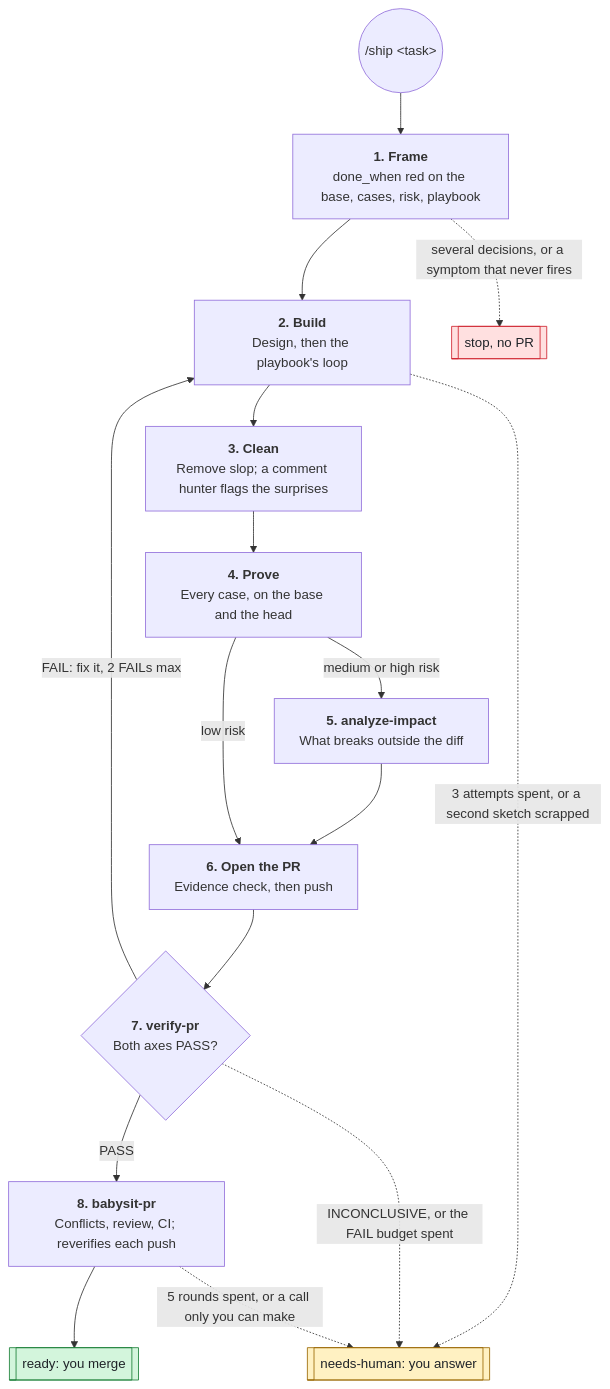
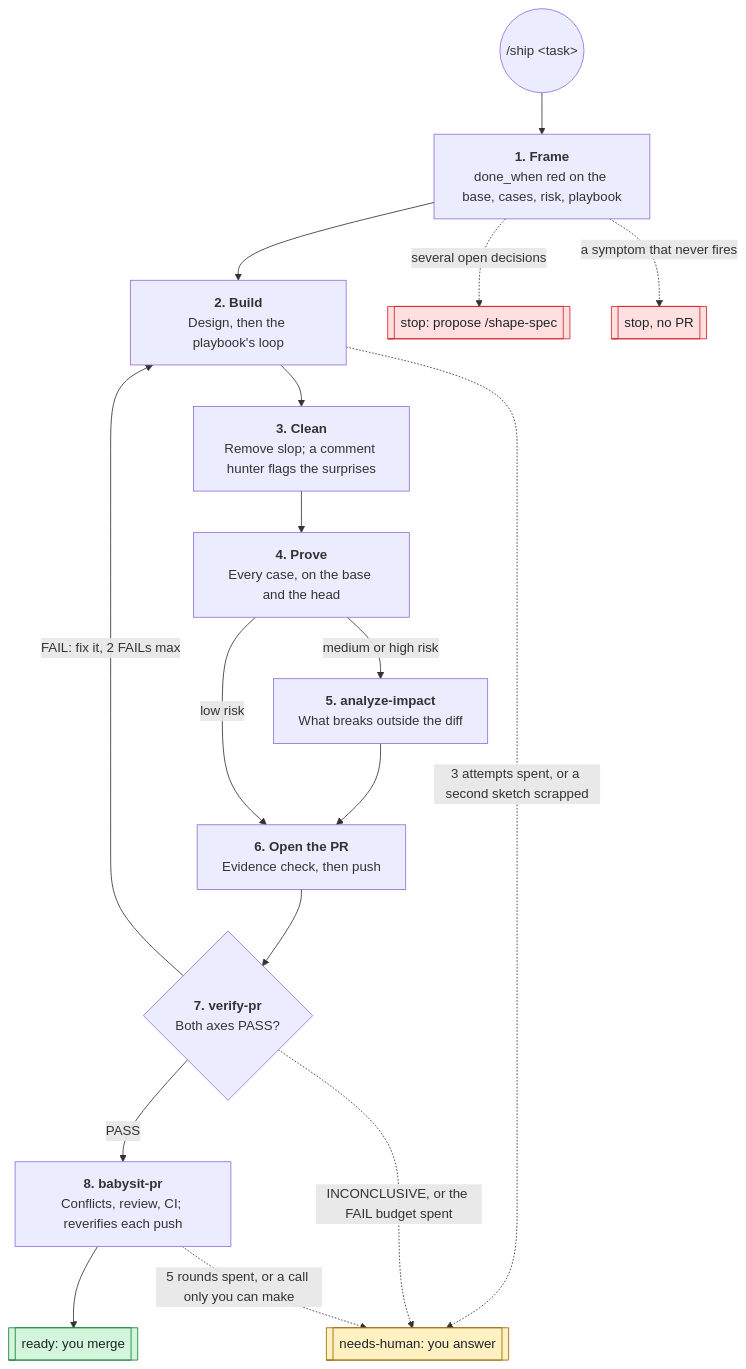
One commit to Ilian-Allaf/skillstack changed the third of 13 diagrams in skills/GRAPH.md. Above: the diagram before and after it, drawn with Mermaid. The commit also changed other lines of this file, not shown here.

Commit message:
Say "open decisions" in the graph, as ship does
"Several decisions" read as decisions missing from the task. ship
says "several open decisions are the user's": decisions still to make,
which only the user can make. The eight-step diagram also splits that
stop from the symptom that never fires, since they end differently.

````diff
--- a/skills/GRAPH.md
+++ b/skills/GRAPH.md
@@ -68,33 +68,35 @@
 ```mermaid
 flowchart TB
   start(("/ship #lt;task#gt;"))
   frame["<b>1. Frame</b><br/>done_when red on the base, cases, risk, playbook"]
   build["<b>2. Build</b><br/>Design, then the playbook's loop"]
   clean["<b>3. Clean</b><br/>Remove slop; a comment hunter flags the surprises"]
   prove["<b>4. Prove</b><br/>Every case, on the base and the head"]
   impact["<b>5. analyze-impact</b><br/>What breaks outside the diff"]
   open["<b>6. Open the PR</b><br/>Evidence check, then push"]
   verdict{"<b>7. verify-pr</b><br/>Both axes PASS?"}
   babysit["<b>8. babysit-pr</b><br/>Conflicts, review, CI; reverifies each push"]
   ready[["ready: you merge"]]
   human[["needs-human: you answer"]]
+  shapestop[["stop: propose /shape-spec"]]
   nopr[["stop, no PR"]]
 
   start --> frame --> build --> clean --> prove
   prove -->|medium or high risk| impact --> open
   prove -->|low risk| open
   open --> verdict
   verdict -->|PASS| babysit --> ready
   verdict -->|"FAIL: fix it, 2 FAILs max"| build
-  frame -.->|"several decisions, or a symptom that never fires"| nopr
+  frame -.->|several open decisions| shapestop
+  frame -.->|a symptom that never fires| nopr
   build -.->|"3 attempts spent, or a second sketch scrapped"| human
   verdict -.->|"INCONCLUSIVE, or the FAIL budget spent"| human
   babysit -.->|"5 rounds spent, or a call only you can make"| human
 
   classDef ready fill:#d3f5dc,stroke:#1a7f37,color:#1f2328
   classDef human fill:#fff1c2,stroke:#9a6700,color:#1f2328
   classDef stop fill:#ffe0e0,stroke:#cf222e,color:#1f2328
   class ready ready
   class human human
-  class nopr stop
+  class nopr,shapestop stop
 ```
````
